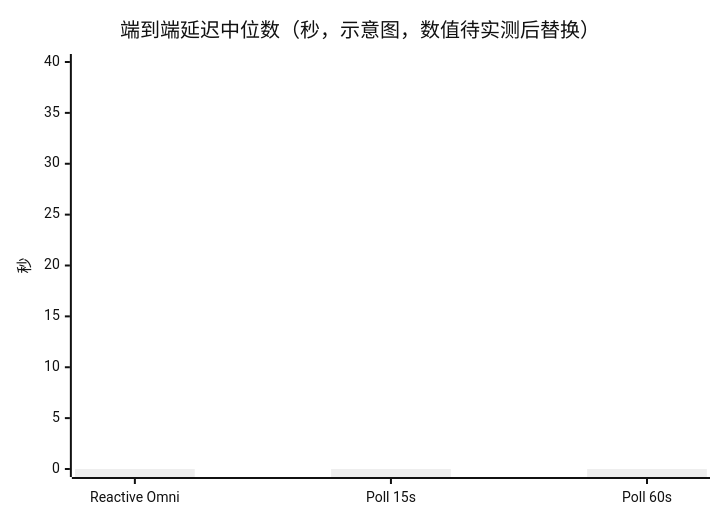
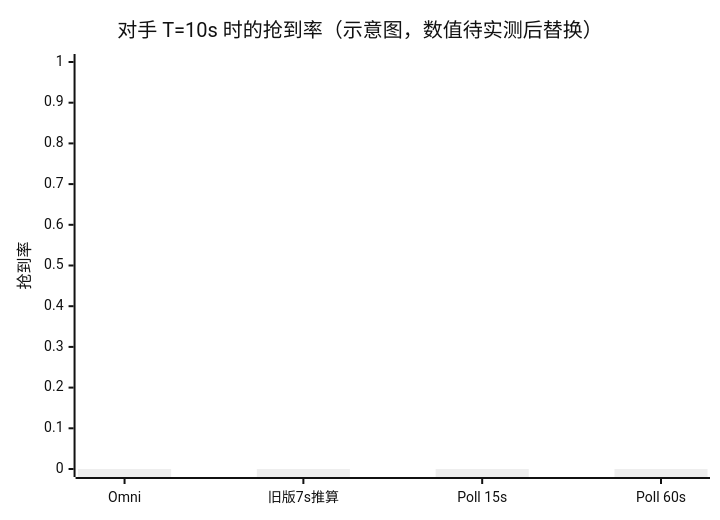
One commit to debugzhao/reactive-hackathon changed the fourth of 5 diagrams in docs/即时结算提款队列-产品与技术方案.md. Above: the diagram before and after it, drawn with Mermaid (neutral theme). The commit also changed other lines of this file, not shown here.

````diff
--- a/docs/即时结算提款队列-产品与技术方案.md
+++ b/docs/即时结算提款队列-产品与技术方案.md
@@ -706,7 +817,7 @@
 ```mermaid
 xychart-beta
-    title "端到端延迟中位数（秒，示意图，数值待实测后替换）"
-    x-axis ["Reactive Omni", "Poll 15s", "Poll 60s"]
-    y-axis "秒" 0 --> 40
-    bar [0, 0, 0]
+    title "对手 T=10s 时的抢到率（示意图，数值待实测后替换）"
+    x-axis ["Omni", "旧版7s推算", "Poll 15s", "Poll 60s"]
+    y-axis "抢到率" 0 --> 1
+    bar [0, 0, 0, 0]
 ```
````
